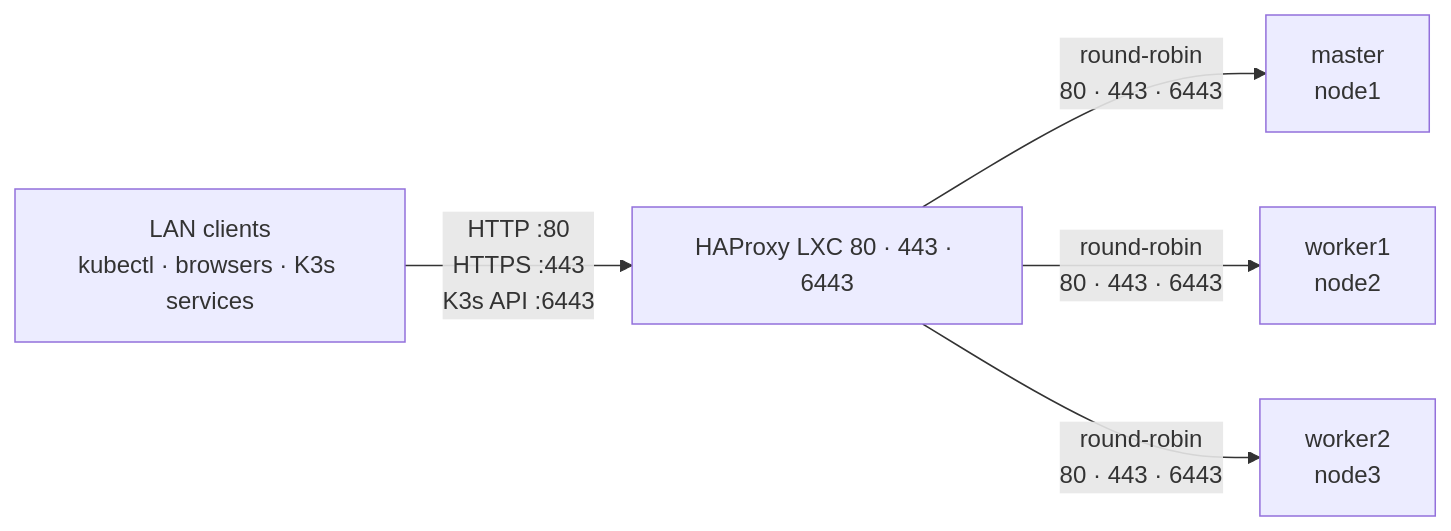
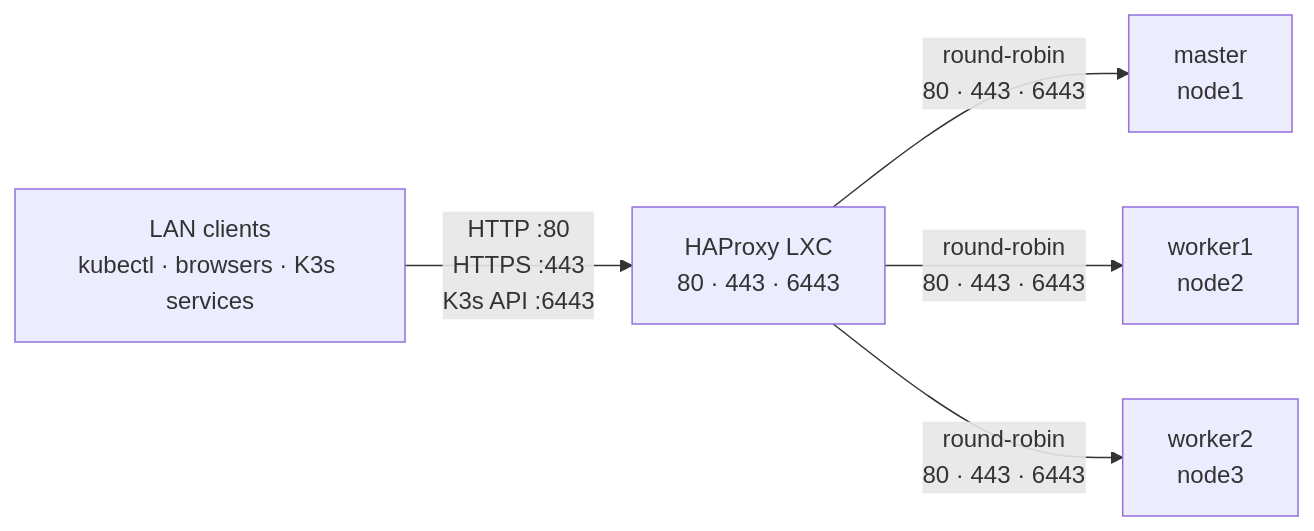
Before and after one commit to kCn3333/homelab: the diagram in docs/zion/haproxy.md, drawn with Mermaid.

Commit message:
docs: document haproxy

````diff
--- a/docs/zion/haproxy.md
+++ b/docs/zion/haproxy.md
@@ -26,16 +26,16 @@
 ```mermaid
 flowchart LR
     clients["LAN clients<br/>kubectl · browsers · K3s services"]
 
-    haproxy["HAProxy LXC 80 · 443 · 6443"]
+    haproxy["HAProxy LXC<br/>80 · 443 · 6443"]
 
     master["master<br/>node1"]
     worker1["worker1<br/>node2"]
     worker2["worker2<br/>node3"]
 
     clients -->|"HTTP :80<br/>HTTPS :443<br/>K3s API :6443"| haproxy
 
     haproxy -->|"round-robin<br/>80 · 443 · 6443"| master
     haproxy -->|"round-robin<br/>80 · 443 · 6443"| worker1
     haproxy -->|"round-robin<br/>80 · 443 · 6443"| worker2
 ```
````
